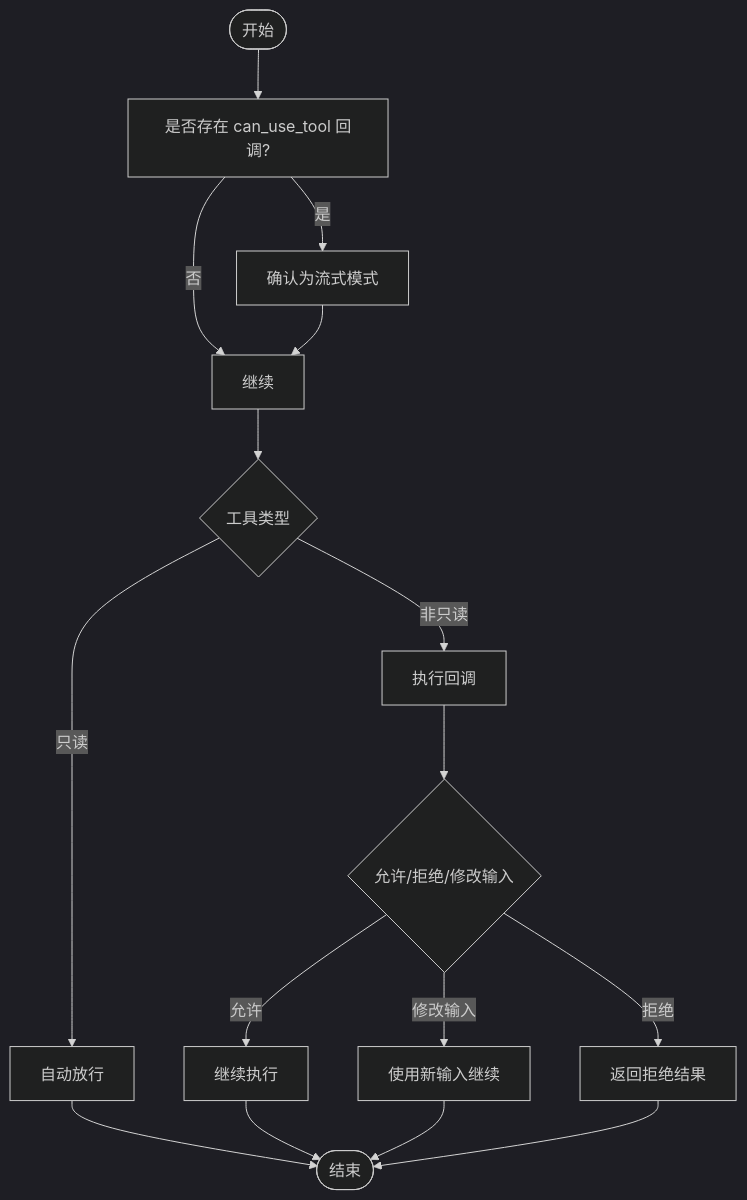
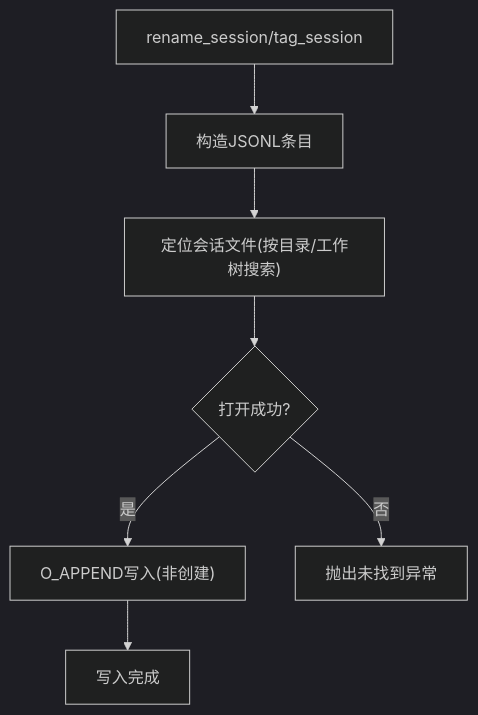
Before and after one commit to defulat-coder/claude-agent-sdk-python: the sixth of 8 diagrams in .qoder/repowiki/zh/content/高级功能/高级功能.md, drawn with Mermaid (dark theme). The commit also changed other lines of this file and 77 other files, not shown here.

````diff
--- a/.qoder/repowiki/zh/content/高级功能/高级功能.md
+++ b/.qoder/repowiki/zh/content/高级功能/高级功能.md
@@ -209,18 +274,9 @@
 ```mermaid
 flowchart TD
-Start(["开始"]) --> CheckCallback["是否存在 can_use_tool 回调?"]
-CheckCallback --> |是| StreamMode["确认为流式模式"]
-CheckCallback --> |否| Next["继续"]
-StreamMode --> Next
-Next --> ToolType{"工具类型"}
-ToolType --> |只读| AutoAllow["自动放行"]
-ToolType --> |非只读| Eval["执行回调"]
-Eval --> Decision{"允许/拒绝/修改输入"}
-Decision --> |允许| Proceed["继续执行"]
-Decision --> |拒绝| Deny["返回拒绝结果"]
-Decision --> |修改输入| Modified["使用新输入继续"]
-AutoAllow --> End(["结束"])
-Proceed --> End
-Modified --> End
-Deny --> End
+A["rename_session/tag_session"] --> B["构造JSONL条目"]
+B --> C["定位会话文件(按目录/工作树搜索)"]
+C --> D{"打开成功?"}
+D --> |是| E["O_APPEND写入(非创建)"]
+D --> |否| F["抛出未找到异常"]
+E --> G["写入完成"]
 ```
````
